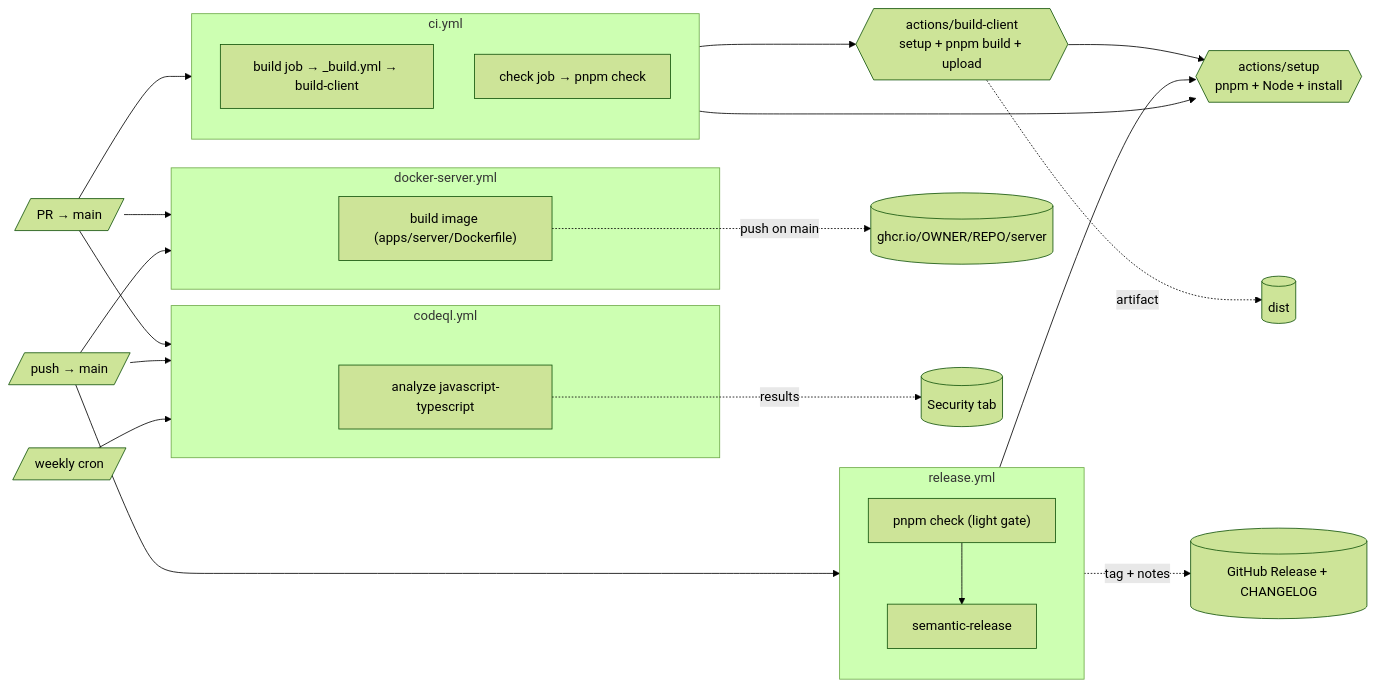
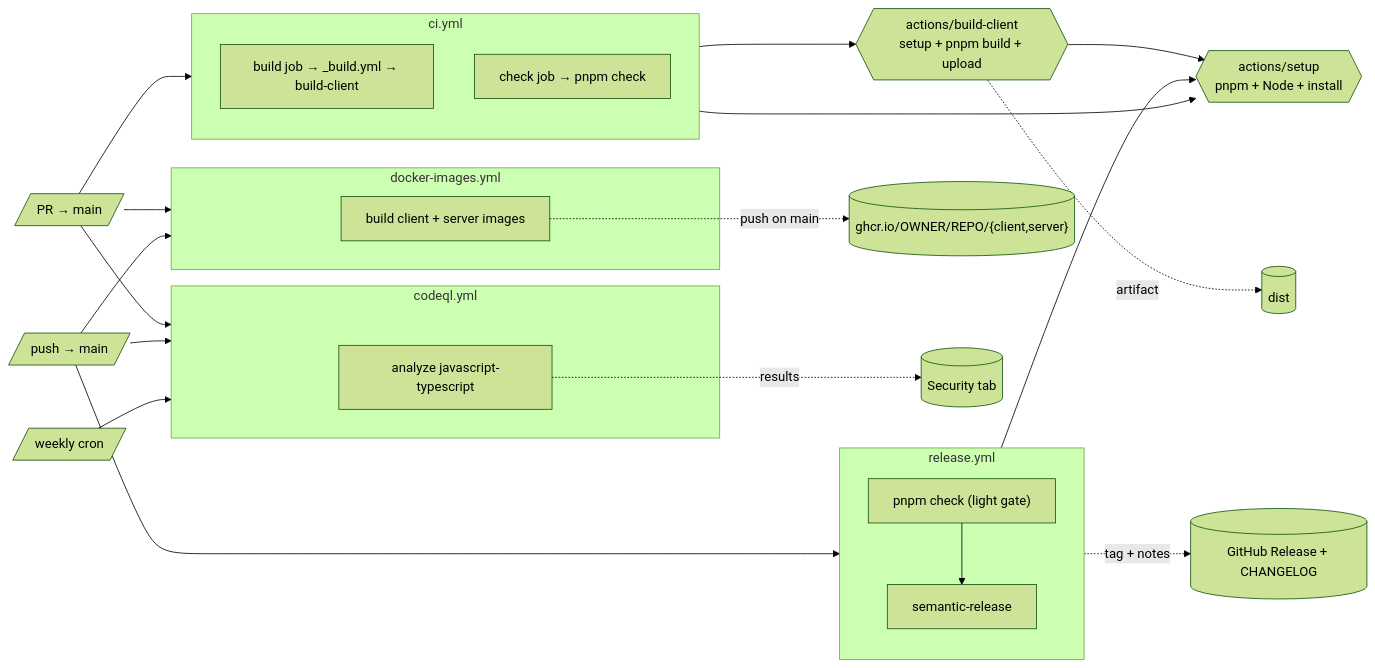
Before and after one commit to ydunets/e-commerce: the diagram in docs/ci-cd.md, drawn with Mermaid (forest theme). The commit also changed other lines of this file and 1 other file, not shown here.

Commit message:
docs: add Azure Container Apps deploy guide

````diff
--- a/docs/ci-cd.md
+++ b/docs/ci-cd.md
@@ -20,52 +23,52 @@
 ```mermaid
 flowchart LR
   %% ---- Triggers ----
   PR[/"PR → main"/]
   PUSH[/"push → main"/]
   CRON[/"weekly cron"/]
 
   %% ---- Trigger → workflow fan-out ----
   PR --> CI
   PR --> DOCKER
   PR --> CODEQL
   PUSH --> DOCKER
   PUSH --> CODEQL
   PUSH --> RELEASE
   CRON --> CODEQL
 
   %% ---- ci.yml ----
   subgraph CI["ci.yml"]
     direction TB
     BUILD["build job → _build.yml → build-client"]
     CHECK["check job → pnpm check"]
   end
 
-  %% ---- docker-server.yml ----
-  subgraph DOCKER["docker-server.yml"]
-    IMG["build image (apps/server/Dockerfile)"]
+  %% ---- docker-images.yml ----
+  subgraph DOCKER["docker-images.yml"]
+    IMG["build client + server images"]
   end
 
   %% ---- codeql.yml ----
   subgraph CODEQL["codeql.yml"]
     ANALYZE["analyze javascript-typescript"]
   end
 
   %% ---- release.yml ----
   subgraph RELEASE["release.yml"]
     direction TB
     RCHECK["pnpm check (light gate)"] --> RSR["semantic-release"]
   end
 
   %% ---- Shared composite actions ----
   SETUP{{"actions/setup<br/>pnpm + Node + install"}}
   BUILDC{{"actions/build-client<br/>setup + pnpm build + upload"}}
   BUILD --> BUILDC --> SETUP
   CHECK --> SETUP
   RCHECK --> SETUP
 
   %% ---- Outputs ----
   BUILDC -. "artifact" .-> ARTIFACT[("dist")]
-  IMG -. "push on main" .-> GHCR[("ghcr.io/OWNER/REPO/server")]
+  IMG -. "push on main" .-> GHCR[("ghcr.io/OWNER/REPO/{client,server}")]
   ANALYZE -. results .-> SEC[("Security tab")]
   RSR -. "tag + notes" .-> REL[("GitHub Release + CHANGELOG")]
 ```
````
